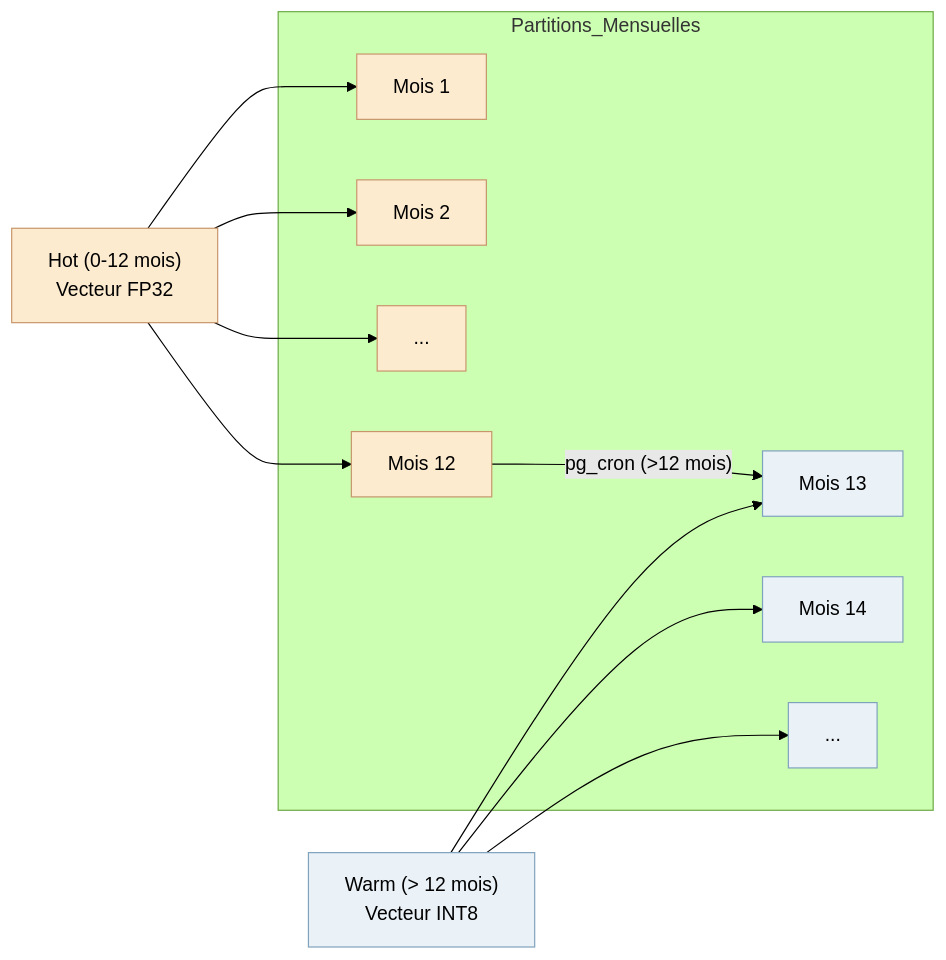
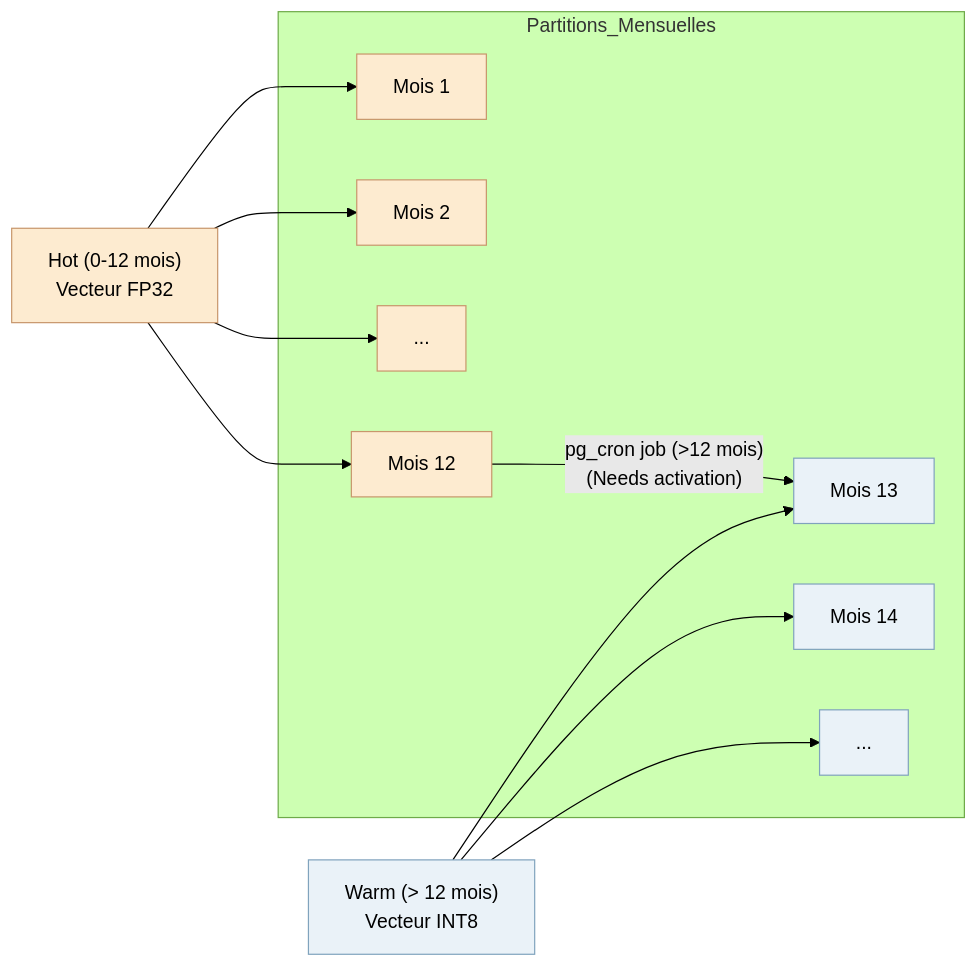
The second of 2 diagrams in docs/Project Foundation Document.md (giak/mnemo-lite), drawn with Mermaid (forest theme) before and after one commit. The commit also changed other lines of this file and 6 other files, not shown here.

````diff
--- a/docs/Project Foundation Document.md
+++ b/docs/Project Foundation Document.md
@@ -88,28 +96,28 @@
 ```mermaid
 flowchart LR
   subgraph Partitions_Mensuelles
     P_M1[Mois 1]
     P_M2[Mois 2]
     P_Mdots[...]
     P_M12[Mois 12]
     P_M13[Mois 13]
     P_M14[Mois 14]
     P_Mdots2[...]
   end
 
   HotPartitions["Hot (0-12 mois)<br>Vecteur FP32"] --> P_M1
   HotPartitions --> P_M2
   HotPartitions --> P_Mdots
   HotPartitions --> P_M12
-  
+
   WarmPartitions["Warm (> 12 mois)<br>Vecteur INT8"] --> P_M13
   WarmPartitions --> P_M14
   WarmPartitions --> P_Mdots2
-  
-  P_M12 -->|"pg_cron (&gt;12 mois)"| P_M13
-  
+
+  P_M12 -->|"pg_cron job (>12 mois)<br>(Needs activation)"| P_M13
+
   classDef hot fill:#fdebd0,stroke:#c8976c;
   classDef warm fill:#eaf2f8,stroke:#80a3bd;
   class HotPartitions,P_M1,P_M2,P_Mdots,P_M12 hot;
   class WarmPartitions,P_M13,P_M14,P_Mdots2 warm;
 ```
````
